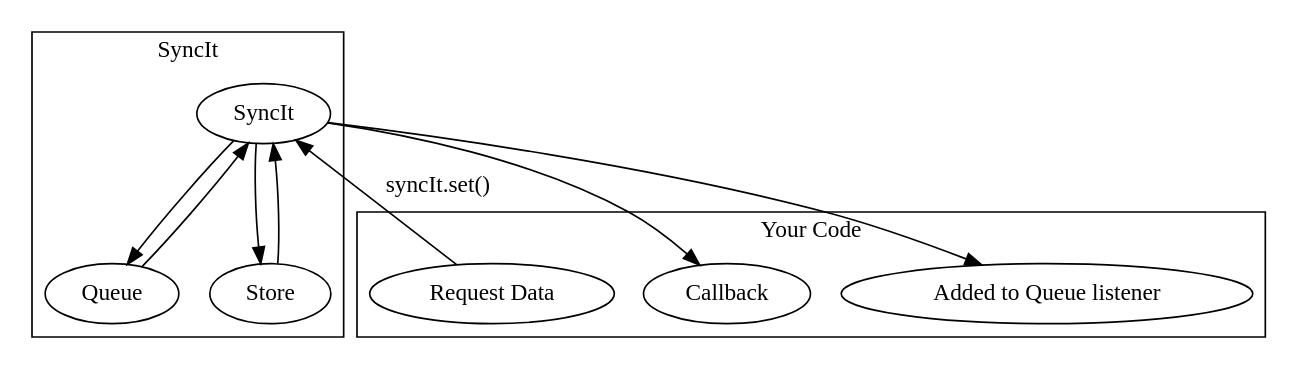
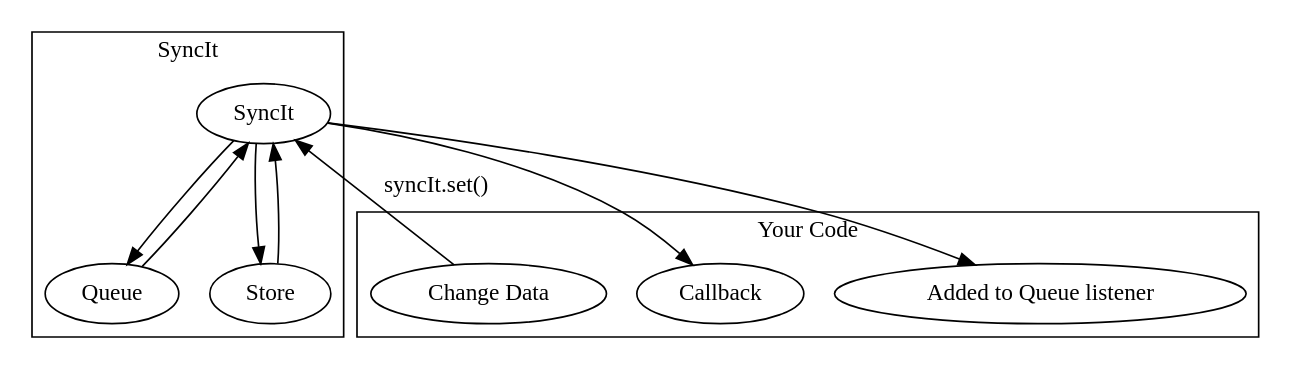
One commit to forbesmyester/SyncIt changed the diagram in README.work_locally_set.dot. Above: the diagram before and after it, drawn with Graphviz. The commit also changed 17 other files, not shown here.

```diff
--- a/README.work_locally_set.dot
+++ b/README.work_locally_set.dot
@@ -1,21 +1,21 @@
 digraph a { 
 
 	subgraph clusteryourcode {
 		label = "Your Code";
-		App [label="Request Data", rank=1];
+		App [label="Change Data", rank=1];
 		SyncItCallback [label=Callback];
 		SyncItEventHandler [label="Added to Queue listener"];
 	}
 	
 	subgraph clustersyncit {
 		label = "SyncIt"
 		SyncIt;
 		Queue;
 		Store;
 	}
 	
 	App -> SyncIt [label="syncIt.set()"];
 	SyncIt -> Store -> SyncIt -> Queue -> SyncIt -> SyncItCallback;
 	SyncIt ->SyncItEventHandler;
 
 }
```
